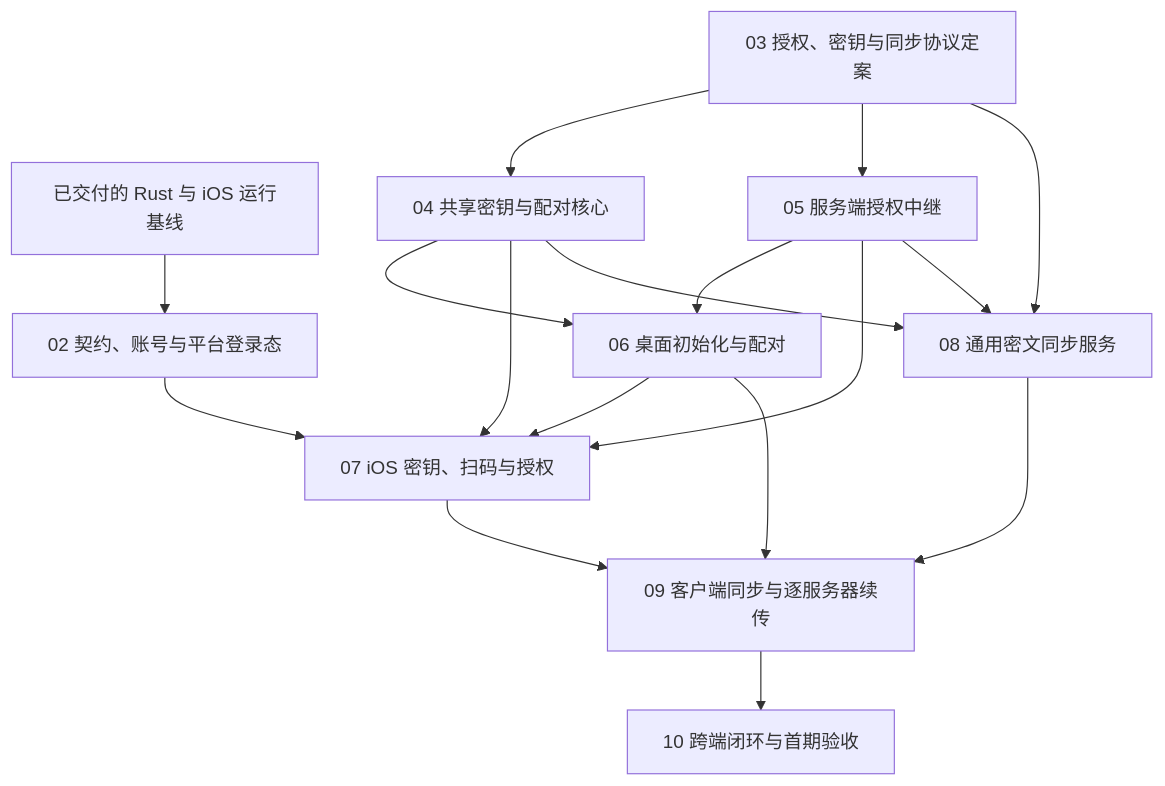
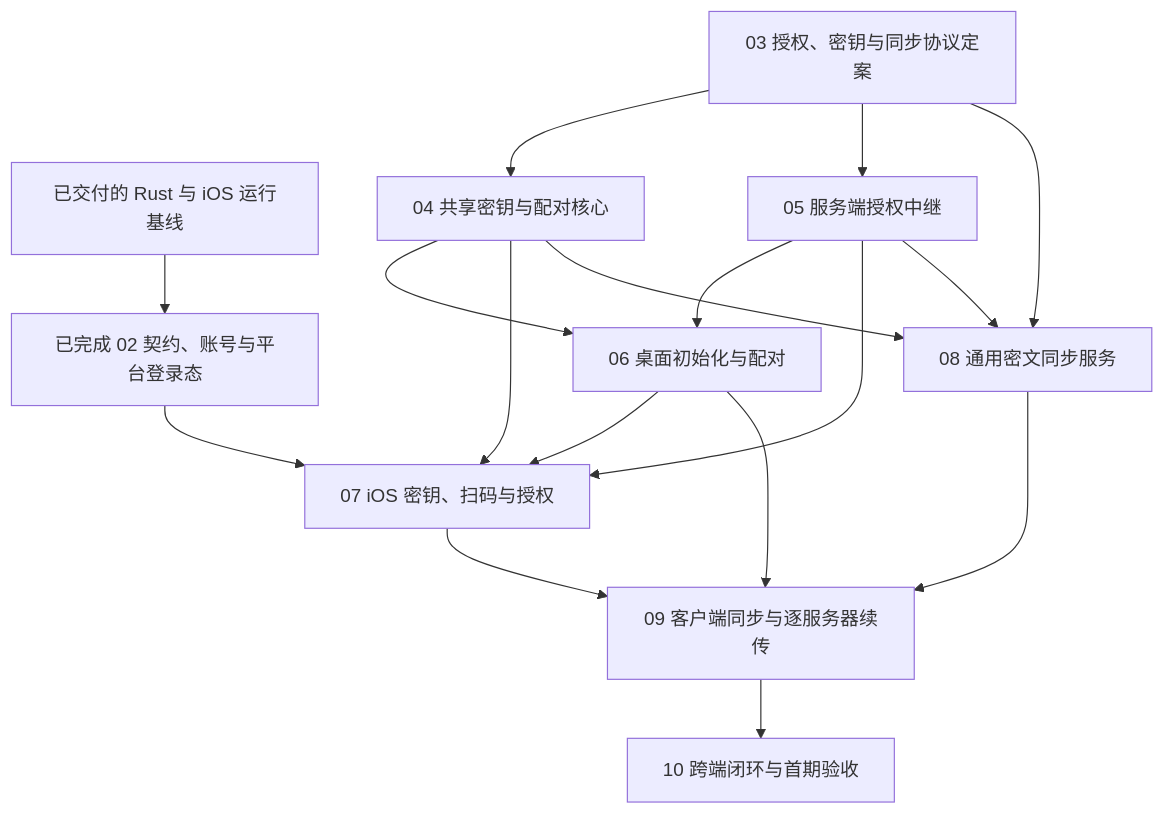
One commit to tctony-labs/xiaowei changed the diagram in .agent/plans/2026-10-25-ios-client/00-implementation-order.md. Above: the diagram before and after it, drawn with Mermaid. The commit also changed other lines of this file and 43 other files, not shown here.

````diff
--- a/.agent/plans/2026-10-25-ios-client/00-implementation-order.md
+++ b/.agent/plans/2026-10-25-ios-client/00-implementation-order.md
@@ -29,19 +30,19 @@
 ```mermaid
 flowchart TD
-    Base[已交付的 Rust 与 iOS 运行基线] --> T02[02 契约、账号与平台登录态]
+    Base[已交付的 Rust 与 iOS 运行基线] --> T02[已完成 02 契约、账号与平台登录态]
     T03[03 授权、密钥与同步协议定案] --> T04[04 共享密钥与配对核心]
     T03 --> T05[05 服务端授权中继]
     T04 --> T06[06 桌面初始化与配对]
     T05 --> T06
     T02 --> T07[07 iOS 密钥、扫码与授权]
     T04 --> T07
     T05 --> T07
     T06 --> T07
     T03 --> T08[08 通用密文同步服务]
     T05 --> T08
     T04 --> T08
     T06 --> T09[09 客户端同步与逐服务器续传]
     T07 --> T09
     T08 --> T09
     T09 --> T10[10 跨端闭环与首期验收]
 ```
````
